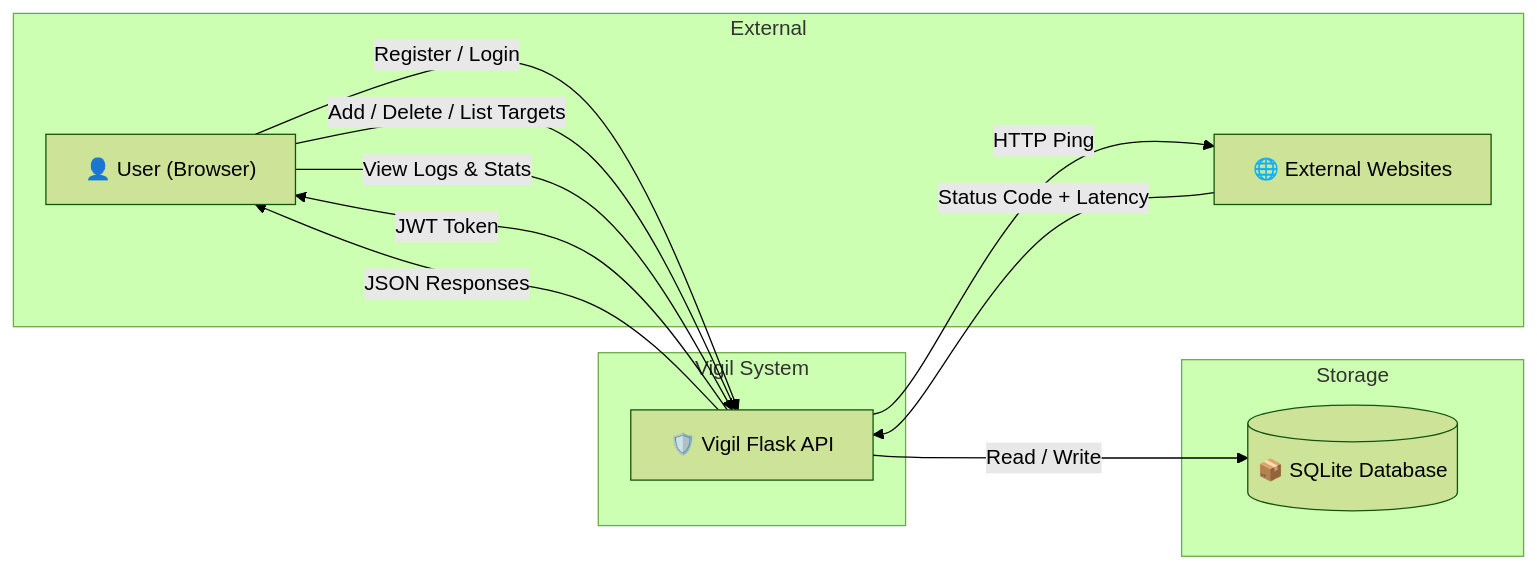
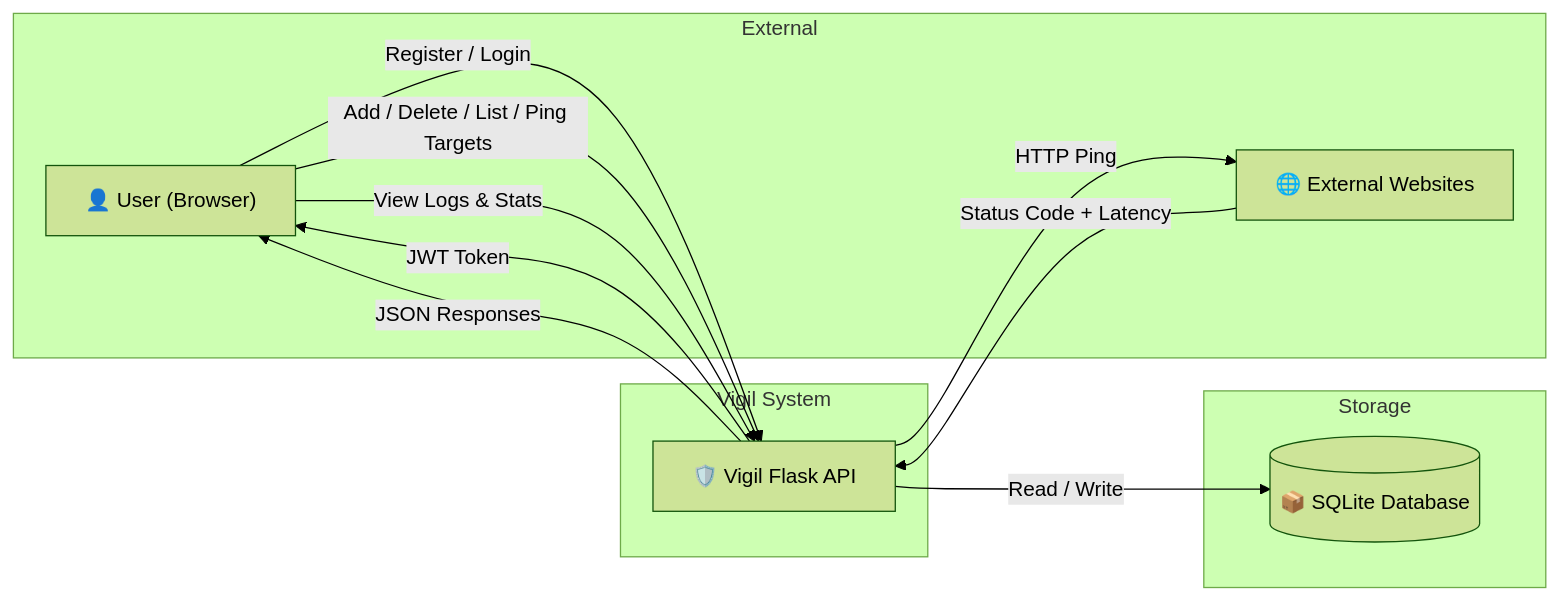
Before and after one commit to Abdelrahman744/Vigil-v2-flask: the second of 4 diagrams in README.md, drawn with Mermaid (forest theme). The commit also changed other lines of this file, not shown here.

Commit message:
docs: sync visuals in README.md DFD subgraphs and explicitly show cron heartbeat in system architecture diagram

````diff
--- a/README.md
+++ b/README.md
@@ -124,24 +124,24 @@
 ```mermaid
 graph LR
     subgraph External
         U["👤 User (Browser)"]
         W["🌐 External Websites"]
     end
 
     subgraph "Vigil System"
         API["🛡️ Vigil Flask API"]
     end
 
     subgraph Storage
         DB[("📦 SQLite Database")]
     end
 
     U -- "Register / Login" --> API
-    U -- "Add / Delete / List Targets" --> API
+    U -- "Add / Delete / List / Ping Targets" --> API
     U -- "View Logs & Stats" --> API
     API -- "JWT Token" --> U
     API -- "JSON Responses" --> U
     API -- "HTTP Ping" --> W
     W -- "Status Code + Latency" --> API
     API -- "Read / Write" --> DB
 ```
````
